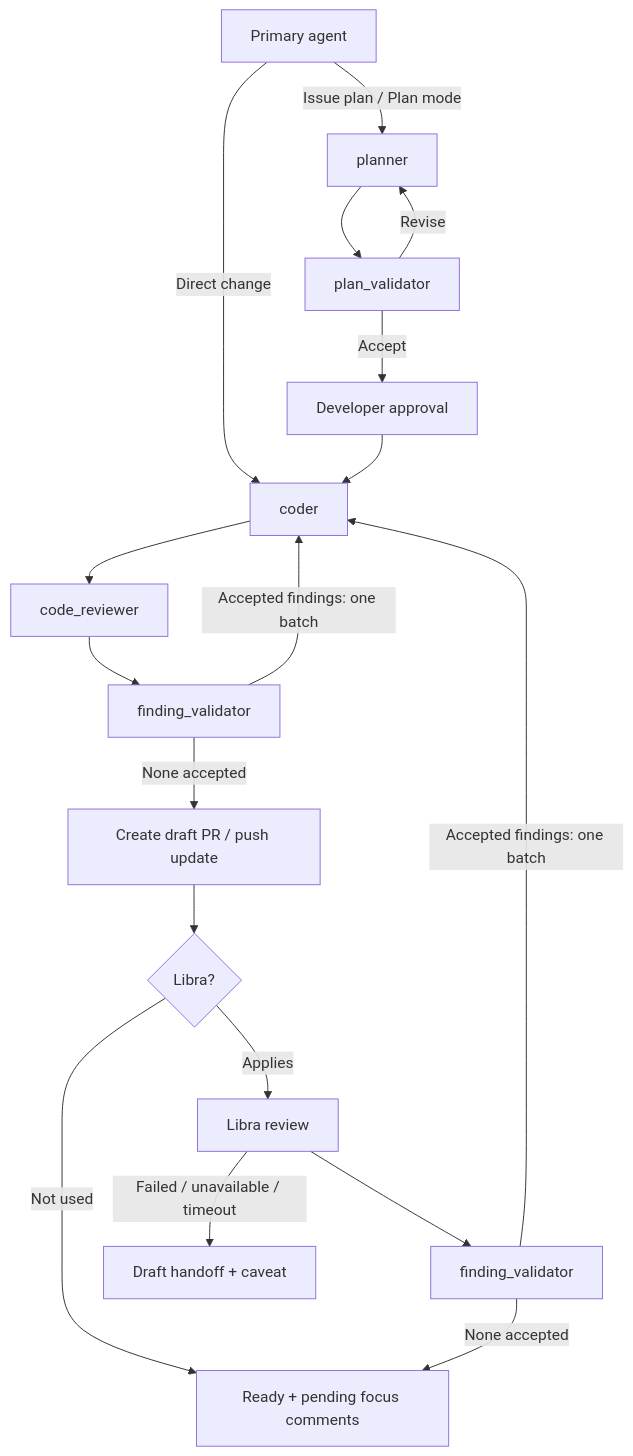
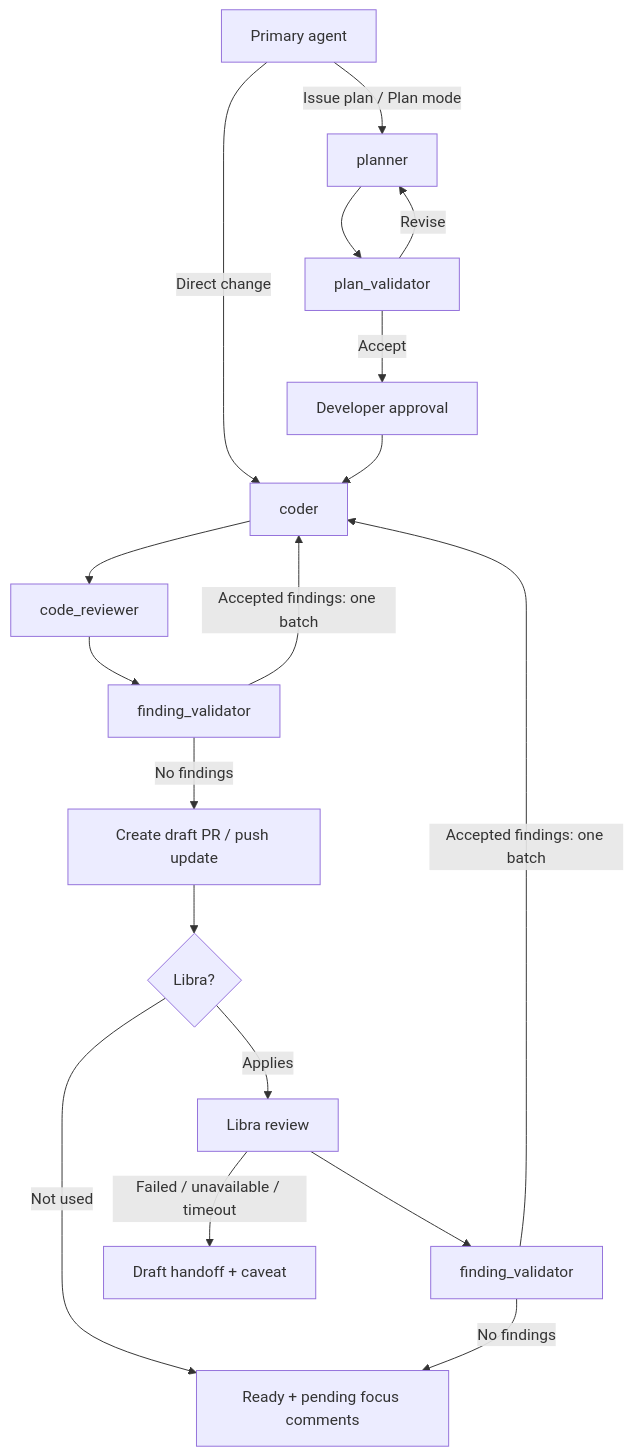
The diagram in README.md (Ikuni17/agent-config), drawn with Mermaid before and after one commit.

Commit message:
fix mermaid chart

````diff
--- a/README.md
+++ b/README.md
@@ -14,19 +14,19 @@
 ```mermaid
 flowchart TD
     Main[Primary agent] -->|Issue plan / Plan mode| Planner[planner]
     Main -->|Direct change| Coder[coder]
     Planner --> PlanCheck[plan_validator]
     PlanCheck -->|Revise| Planner
     PlanCheck -->|Accept| Approval[Developer approval]
     Approval --> Coder
     Coder --> Review[code_reviewer] --> LocalCheck[finding_validator]
     LocalCheck -->|Accepted findings: one batch| Coder
-    LocalCheck -->|None accepted| PR[Create draft PR / push update]
+    LocalCheck -->|No findings| PR[Create draft PR / push update]
     PR --> UseLibra{Libra?}
     UseLibra -->|Not used| Ready[Ready + pending focus comments]
     UseLibra -->|Applies| Libra[Libra review]
     Libra --> LibraCheck[finding_validator]
     LibraCheck -->|Accepted findings: one batch| Coder
-    LibraCheck -->|None accepted| Ready
+    LibraCheck -->|No findings| Ready
     Libra -->|Failed / unavailable / timeout| Draft[Draft handoff + caveat]
 ```
````
